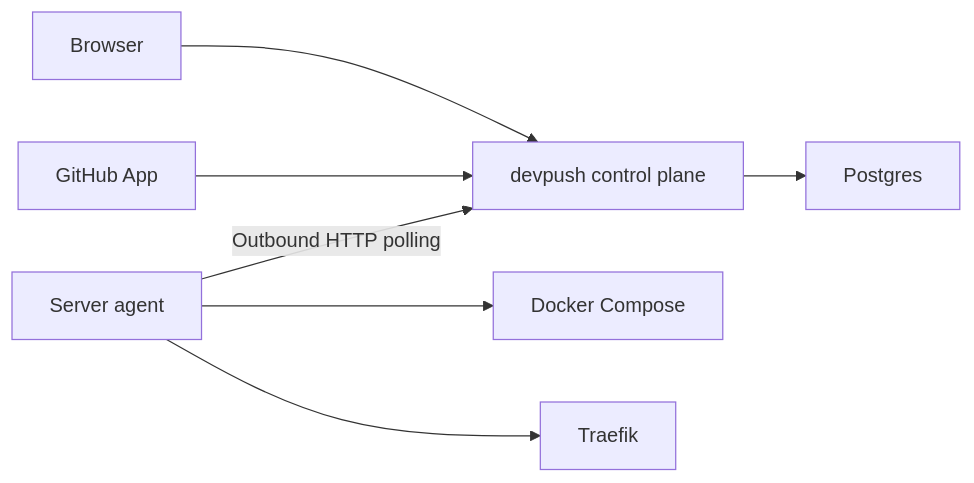
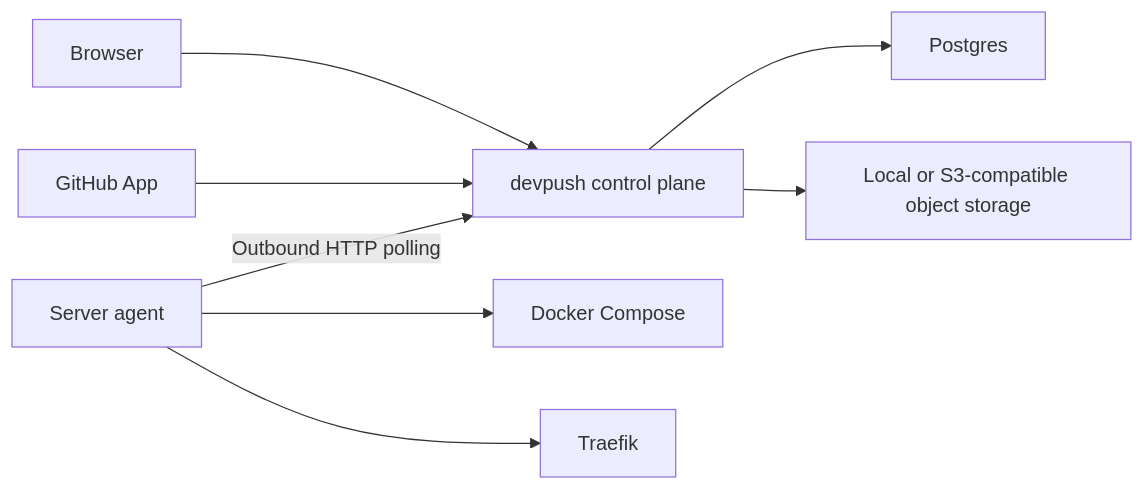
Before and after one commit to hunvreus/devpush: the diagram in ARCHITECTURE.md, drawn with Mermaid. The commit also changed other lines of this file and 165 other files, not shown here.

Commit message:
refactor: finalize 1.0 deployment architecture

````diff
--- a/ARCHITECTURE.md
+++ b/ARCHITECTURE.md
@@ -13,9 +13,10 @@
 ```mermaid
 flowchart LR
   Browser["Browser"] --> App["devpush control plane"]
   GitHub["GitHub App"] --> App
   App --> Postgres["Postgres"]
+  App --> Storage["Local or S3-compatible object storage"]
   Agent["Server agent"] -->|Outbound HTTP polling| App
   Agent --> Docker["Docker Compose"]
   Agent --> Traefik["Traefik"]
 ```
````
